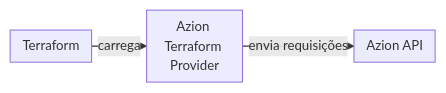
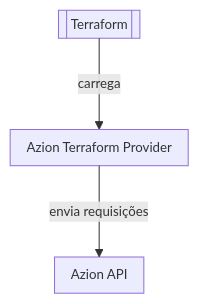
The diagram in apps/docs/src/content/docs/pt-br/pages/devtools/terraform/how-it-works.mdx (aziontech/docs), drawn with Mermaid before and after one commit. The commit also changed 179 other files, not shown here.

Commit message:
docs(diagrams): redraw every other diagram in the use-case diagram style (#2513)

````diff
--- a/apps/docs/src/content/docs/pt-br/pages/devtools/terraform/how-it-works.mdx
+++ b/apps/docs/src/content/docs/pt-br/pages/devtools/terraform/how-it-works.mdx
@@ -26,6 +26,6 @@
 ```mermaid
-%%{init: {"layout": "dagre", "themeVariables": {"fontSize": "13px"}, "flowchart": {"nodeSpacing": 12, "rankSpacing": 12, "padding": 6, "wrappingWidth": 70, "minNodeWidth": 40, "useMaxWidth": true}}}%%
-flowchart LR
-  Tf["Terraform"] -->|"carrega"| Prov["Azion Terraform Provider"]
+%%{init: {"layout": "elk", "themeVariables": {"fontSize": "13px"}, "flowchart": {"nodeSpacing": 24, "rankSpacing": 36, "padding": 8, "wrappingWidth": 150, "useMaxWidth": true}, "sequence": {"width": 120, "actorMargin": 30, "useMaxWidth": true}}}%%
+flowchart TD
+  Tf[["Terraform"]] -->|"carrega"| Prov["Azion Terraform Provider"]
   Prov -->|"envia requisições"| Api["Azion API"]
 ```
````
